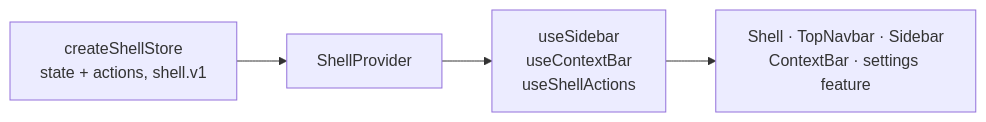
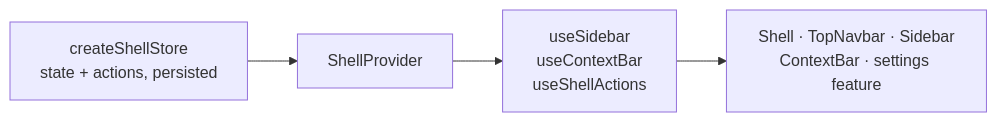
Before and after one commit to deneslee/mantine-dashboard-builder: the second of 4 diagrams in docs/ui/shell.md, drawn with Mermaid. The commit also changed other lines of this file and 23 other files, not shown here.

````diff
--- a/docs/ui/shell.md
+++ b/docs/ui/shell.md
@@ -34,6 +34,6 @@
 ```mermaid
 flowchart LR
-  Store["createShellStore<br/>state + actions, shell.v1"] --> Provider[ShellProvider]
+  Store["createShellStore<br/>state + actions, persisted"] --> Provider[ShellProvider]
   Provider --> Hooks["useSidebar<br/>useContextBar<br/>useShellActions"]
   Hooks --> Consumers["Shell · TopNavbar · Sidebar<br/>ContextBar · settings feature"]
 ```
````
